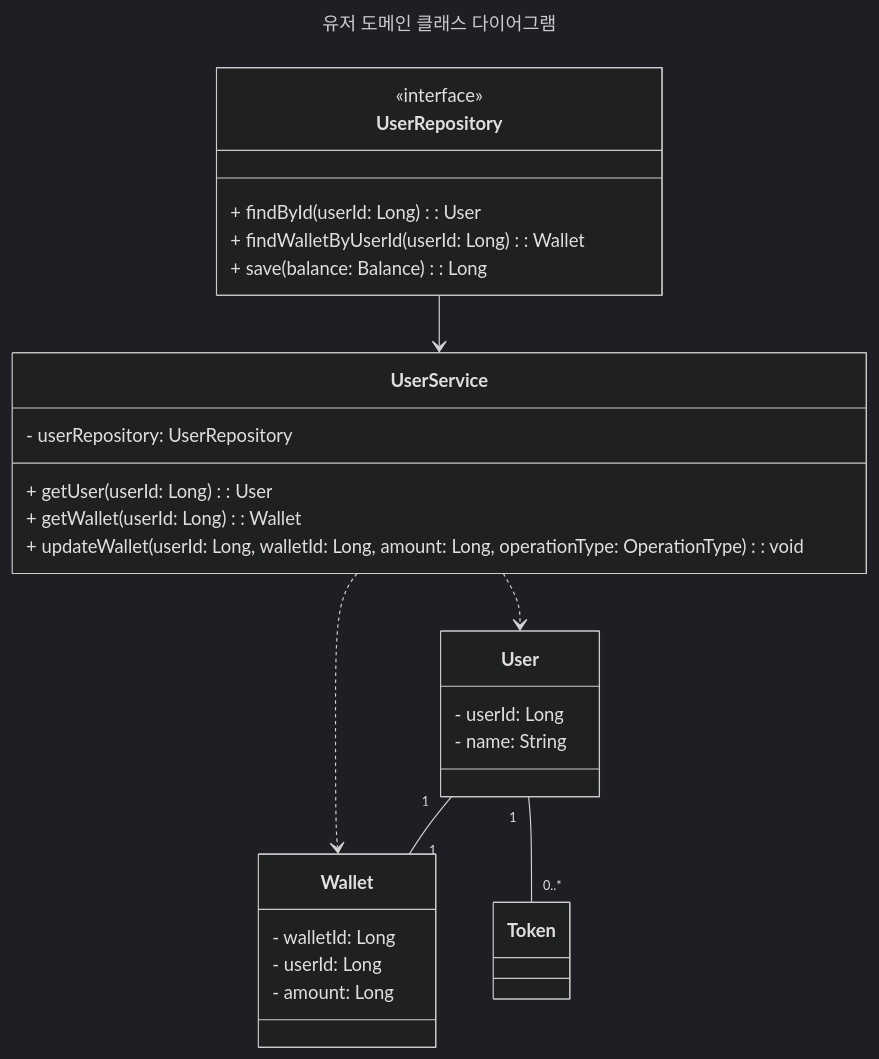
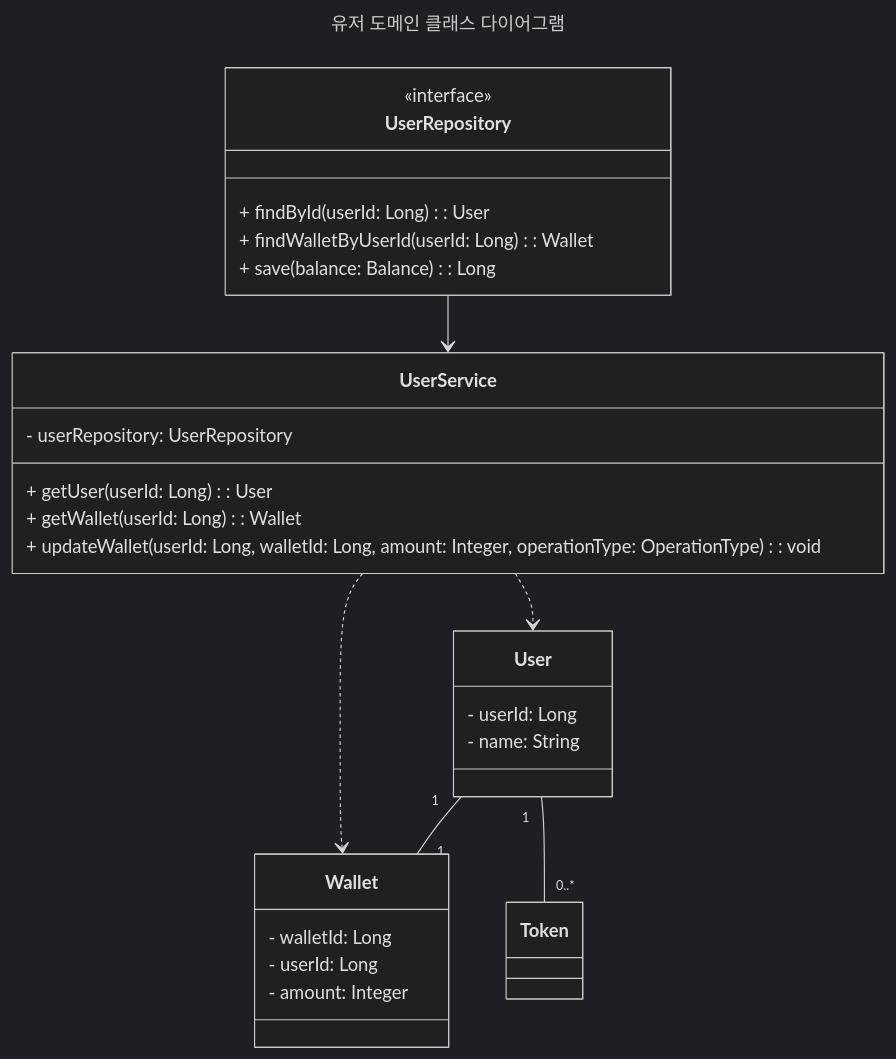
Before and after one commit to hhpb-code/hhplus-concert: the second of 4 diagrams in docs/CLASS_DIAGRAM.md, drawn with Mermaid (dark theme). The commit also changed other lines of this file, not shown here.

Commit message:
chore: Wallet amount type Long -> Integer 수정

````diff
--- a/docs/CLASS_DIAGRAM.md
+++ b/docs/CLASS_DIAGRAM.md
@@ -48,37 +48,37 @@
 ```mermaid
 ---
 title: "유저 도메인 클래스 다이어그램"
 ---
 
 classDiagram
     class User {
         - userId: Long
         - name: String
     }
 
     class Wallet {
         - walletId: Long
         - userId: Long
-        - amount: Long
+        - amount: Integer
     }
 
     class UserService {
         - userRepository: UserRepository
         + getUser(userId: Long): User
         + getWallet(userId: Long): Wallet
-        + updateWallet(userId: Long, walletId: Long, amount: Long, operationType: OperationType): void
+        + updateWallet(userId: Long, walletId: Long, amount: Integer, operationType: OperationType): void
     }
 
     class UserRepository {
         <<interface>>
         + findById(userId: Long): User
         + findWalletByUserId(userId: Long): Wallet
         + save(balance: Balance): Long
     }
 
     User "1" -- "1" Wallet
     User "1" -- "0..*" Token
     UserService ..> User
     UserService ..> Wallet
     UserRepository --> UserService
 ```
````
